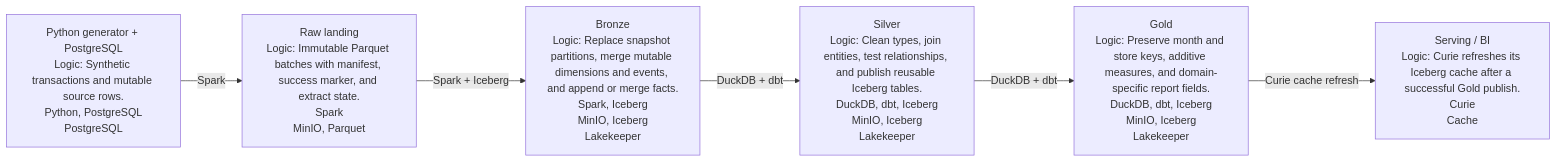
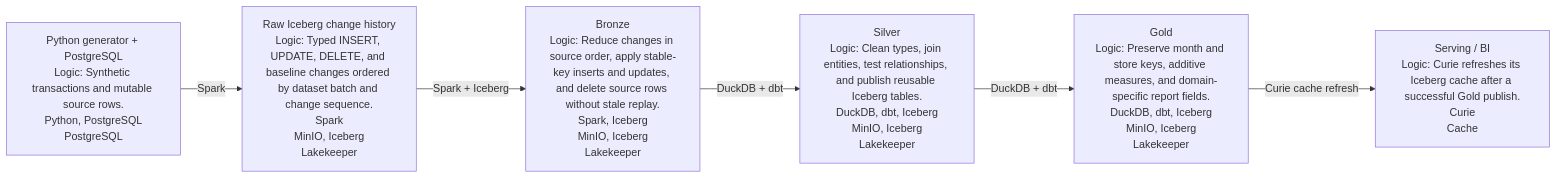
One commit to AntonMiniazev/ampere_project changed the diagram in docs/dataflow/diagrams/project_dataflow.mmd. Above: the diagram before and after it, drawn with Mermaid. The commit also changed 52 other files, not shown here.

Commit message:
feat(iceberg): journal source changes into raw

```diff
--- a/docs/dataflow/diagrams/project_dataflow.mmd
+++ b/docs/dataflow/diagrams/project_dataflow.mmd
@@ -1,13 +1,13 @@
 flowchart LR
     L_SOURCE["Python generator + PostgreSQL<br/>Logic: Synthetic transactions and mutable source rows.<br/>Python, PostgreSQL<br/>PostgreSQL"]
-    L_RAW["Raw landing<br/>Logic: Immutable Parquet batches with manifest, success marker, and extract state.<br/>Spark<br/>MinIO, Parquet"]
-    L_BRONZE["Bronze<br/>Logic: Replace snapshot partitions, merge mutable dimensions and events, and append or merge facts.<br/>Spark, Iceberg<br/>MinIO, Iceberg<br/>Lakekeeper"]
+    L_RAW["Raw Iceberg change history<br/>Logic: Typed INSERT, UPDATE, DELETE, and baseline changes ordered by dataset batch and change sequence.<br/>Spark<br/>MinIO, Iceberg<br/>Lakekeeper"]
+    L_BRONZE["Bronze<br/>Logic: Reduce changes in source order, apply stable-key inserts and updates, and delete source rows without stale replay.<br/>Spark, Iceberg<br/>MinIO, Iceberg<br/>Lakekeeper"]
     L_SILVER["Silver<br/>Logic: Clean types, join entities, test relationships, and publish reusable Iceberg tables.<br/>DuckDB, dbt, Iceberg<br/>MinIO, Iceberg<br/>Lakekeeper"]
     L_GOLD["Gold<br/>Logic: Preserve month and store keys, additive measures, and domain-specific report fields.<br/>DuckDB, dbt, Iceberg<br/>MinIO, Iceberg<br/>Lakekeeper"]
     L_SERVING["Serving / BI<br/>Logic: Curie refreshes its Iceberg cache after a successful Gold publish.<br/>Curie<br/>Cache"]
 
     L_SOURCE -->|"Spark"| L_RAW
     L_RAW -->|"Spark + Iceberg"| L_BRONZE
     L_BRONZE -->|"DuckDB + dbt"| L_SILVER
     L_SILVER -->|"DuckDB + dbt"| L_GOLD
     L_GOLD -->|"Curie cache refresh"| L_SERVING
```
